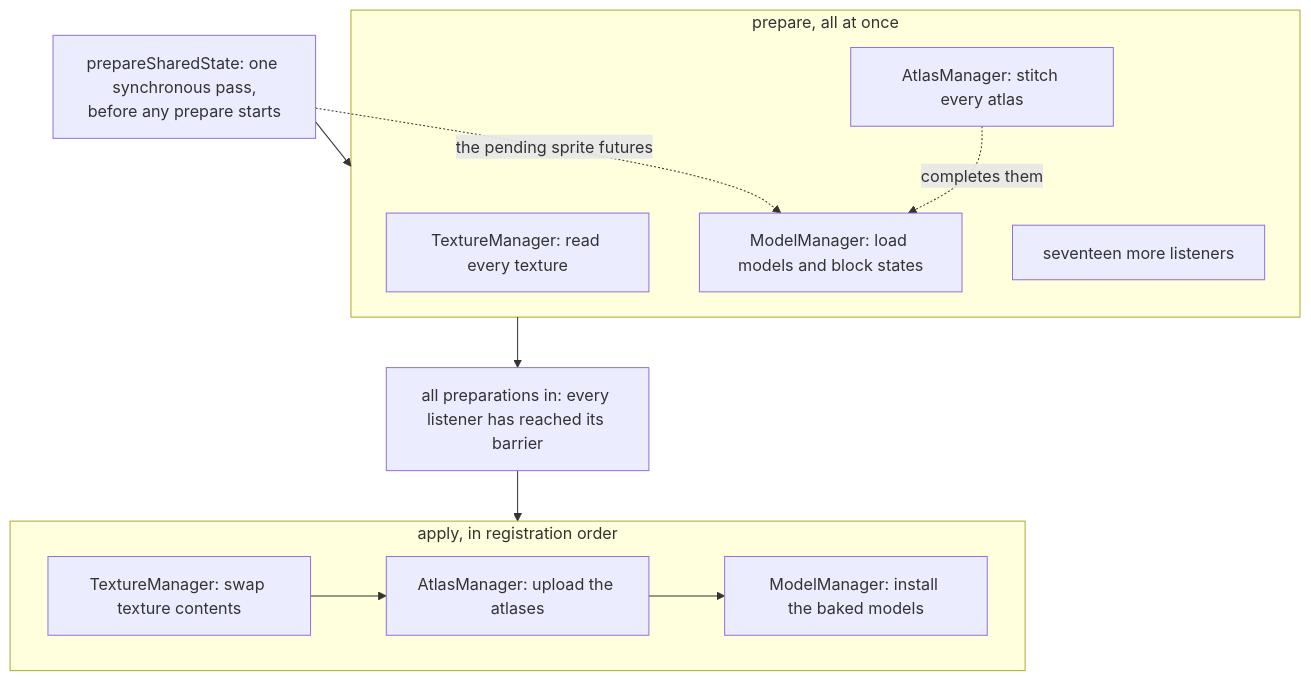
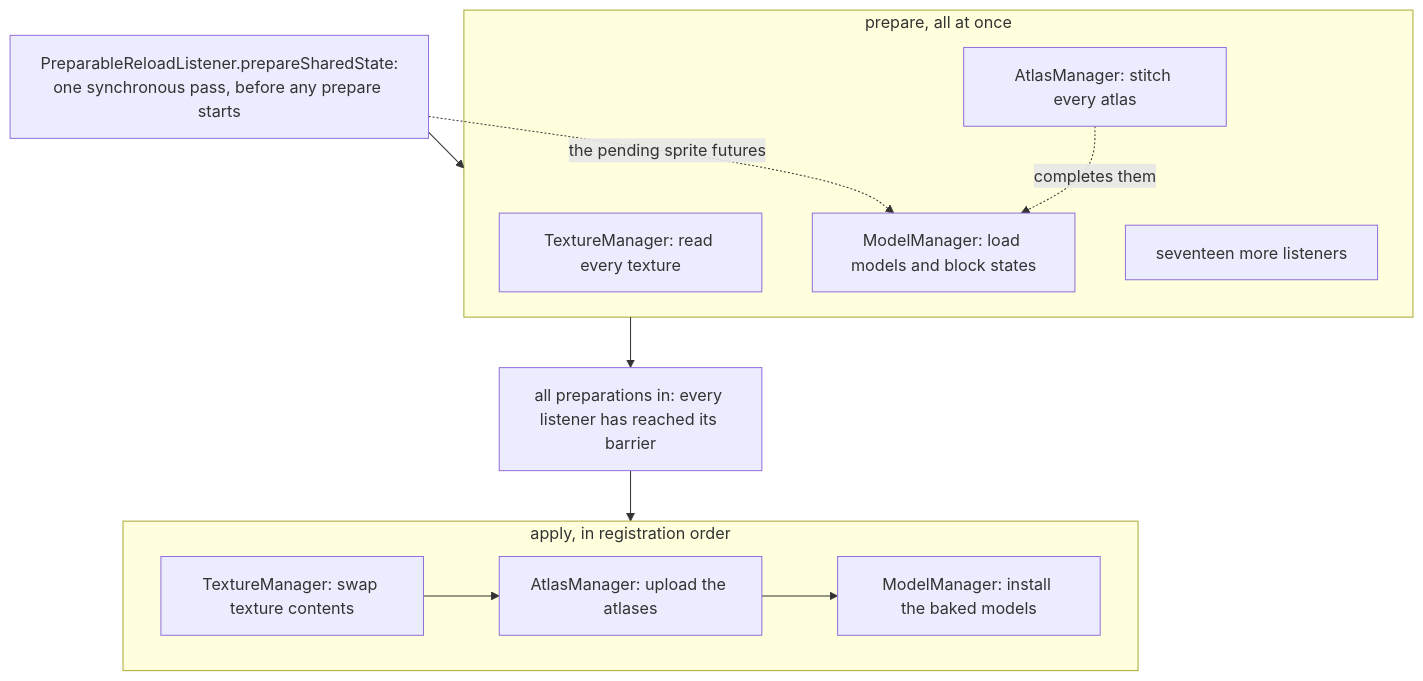
The second of 3 diagrams in src/systems/foundations/resource-system.md (AlexanderjFraser/MinecraftDocs), drawn with Mermaid before and after one commit. The commit also changed other lines of this file and 55 other files, not shown here.

First line of the commit message:
pass 7, session O — the close, before K: the figure gate strict, the landing figures read as one set, and one strike in thirty not borne out

````diff
--- a/src/systems/foundations/resource-system.md
+++ b/src/systems/foundations/resource-system.md
@@ -207,20 +207,20 @@
 ```mermaid
 flowchart TD
-    SS["prepareSharedState: one synchronous pass,<br/>before any prepare starts"]:::worker
+    SS["PreparableReloadListener.prepareSharedState:<br/>one synchronous pass, before any prepare starts"]:::worker
     subgraph PREP["prepare, all at once"]
         TMp["TextureManager: read every texture"]:::worker
         AMp["AtlasManager: stitch every atlas"]:::worker
         MMp["ModelManager: load models and block states"]:::worker
         ETC["seventeen more listeners"]:::worker
     end
     ALL["all preparations in: every listener has reached its barrier"]:::client
     subgraph APP["apply, in registration order"]
         TMa["TextureManager: swap texture contents"]:::client --> AMa["AtlasManager: upload the atlases"]:::client
         AMa --> MMa["ModelManager: install the baked models"]:::client
     end
     SS --> PREP
     PREP --> ALL
     ALL --> APP
     SS -. "the pending sprite futures" .-> MMp
     AMp -. "completes them" .-> MMp
 ```
````
